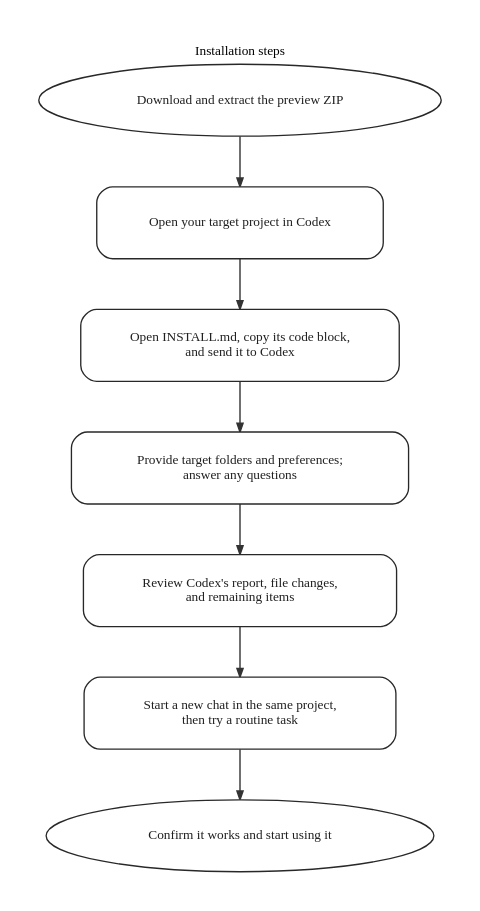
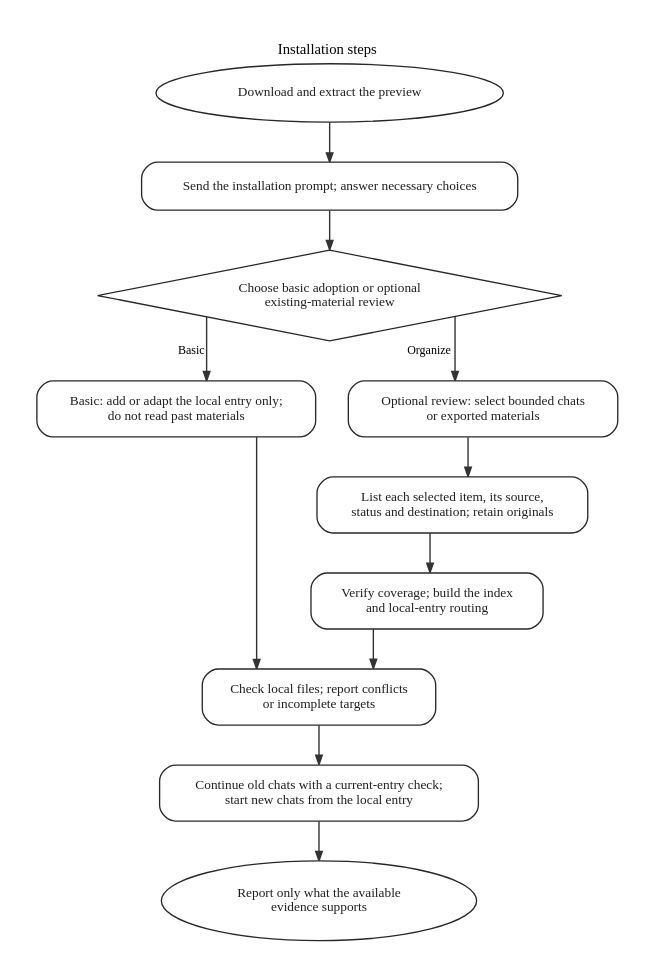
The diagram in docs/diagrams/installation-guide-en.dot (Richie521/intelligent-project-governance-system), drawn with Graphviz before and after one commit. The commit also changed 25 other files, not shown here.

Commit message:
Complete bounded adoption and continuity validation

```diff
--- a/docs/diagrams/installation-guide-en.dot
+++ b/docs/diagrams/installation-guide-en.dot
@@ -1,48 +1,37 @@
 digraph "installation-guide-en" {
   graph [
     rankdir=TB,
     splines=ortho,
-    newrank=true,
     ordering=out,
     outputorder=edgesfirst,
-    nodesep=0.208,
-    ranksep=0.528,
-    pad=0.30,
+    nodesep=0.34,
+    ranksep=0.42,
+    pad=0.28,
     bgcolor="#FFFFFF",
     fontname="Microsoft YaHei",
-    fontsize=10,
+    fontsize=11,
     label="Installation steps",
-    labelloc=t,
-    audit_notation="iso5807-flowchart",
-    audit_model="workflow-spec.v4",
-    audit_purpose="Help first-time users install the preview release in their project and try it in a new conversation.",
-    audit_reader_question="After downloading the preview, what do I need to do myself?",
-    audit_direction="top_to_bottom",
-    audit_palette_mode="grayscale",
-    audit_accent_strategy="none",
-    audit_accent_nodes="",
-    audit_mainline_placement="center",
-    audit_profile="general-flow",
-    audit_authority_ids="",
-    audit_return_marker_strategy="auto",
-    audit_geometry_mode="strict",
-    audit_route_continuity="strict"
+    labelloc=t
   ];
-  node [fontname="Microsoft YaHei", fontsize=10, color="#282828", fontcolor="#202020", margin="0.18,0.12"];
-  edge [color="#333333", arrowsize=0.66, penwidth=1.05];
+  node [fontname="Microsoft YaHei", fontsize=10, color="#282828", fontcolor="#202020", margin="0.20,0.14", style="rounded,filled", fillcolor="#FFFFFF"];
+  edge [fontname="Microsoft YaHei", fontsize=9, color="#333333", arrowsize=0.7, penwidth=1.05];
 
-  "download" [label="Download and extract the preview ZIP", shape="ellipse", style="filled", fillcolor="#FFFFFF", audit_stage="prepare", audit_order="00", audit_role="start", audit_size_group="none", audit_semantic_group="none", fixedsize="true", width="4.189999999999999", height="0.75", group="mainline"];
-  "open" [label="Open your target project in Codex", shape="box", style="rounded,filled", fillcolor="#FFFFFF", audit_stage="prepare", audit_order="01", audit_role="process", audit_size_group="none", audit_semantic_group="none", fixedsize="true", width="2.991666666666666", height="0.75", group="mainline"];
-  "prompt" [label="Open INSTALL.md, copy its code block,\nand send it to Codex", shape="box", style="rounded,filled", fillcolor="#FFFFFF", audit_stage="install", audit_order="02", audit_role="process", audit_size_group="none", audit_semantic_group="none", fixedsize="true", width="3.3138888888888873", height="0.75", group="mainline"];
-  "clarify" [label="Provide target folders and preferences;\nanswer any questions", shape="box", style="rounded,filled", fillcolor="#FFFFFF", audit_stage="install", audit_order="03", audit_role="process", audit_size_group="none", audit_semantic_group="none", fixedsize="true", width="3.508333333333331", height="0.75", group="mainline"];
-  "inspect" [label="Review Codex's report, file changes,\nand remaining items", shape="box", style="rounded,filled", fillcolor="#FFFFFF", audit_stage="verify", audit_order="04", audit_role="process", audit_size_group="none", audit_semantic_group="none", fixedsize="true", width="3.2666666666666653", height="0.75", group="mainline"];
-  "trial" [label="Start a new chat in the same project,\nthen try a routine task", shape="box", style="rounded,filled", fillcolor="#FFFFFF", audit_stage="verify", audit_order="05", audit_role="process", audit_size_group="none", audit_semantic_group="none", fixedsize="true", width="3.247222222222221", height="0.75", group="mainline"];
-  "done" [label="Confirm it works and start using it", shape="ellipse", style="filled", fillcolor="#FFFFFF", audit_stage="outcome", audit_order="end", audit_role="end", audit_size_group="none", audit_semantic_group="none", fixedsize="true", width="4.036249999999999", height="0.75"];
+  download [label="Download and extract the preview", shape=ellipse, style=filled];
+  prompt [label="Send the installation prompt; answer necessary choices", shape=box];
+  choice [label="Choose basic adoption or optional\nexisting-material review", shape=diamond, style=filled, margin="0.12,0.08"];
+  basic [label="Basic: add or adapt the local entry only;\ndo not read past materials", shape=box];
+  scope [label="Optional review: select bounded chats\nor exported materials", shape=box];
+  inventory [label="List each selected item, its source,\nstatus and destination; retain originals", shape=box];
+  verify [label="Verify coverage; build the index\nand local-entry routing", shape=box];
+  files [label="Check local files; report conflicts\nor incomplete targets", shape=box];
+  sessions [label="Continue old chats with a current-entry check;\nstart new chats from the local entry", shape=box];
+  report [label="Report only what the available\nevidence supports", shape=ellipse, style=filled];
 
-  "download" -> "open" [id="e-download-open", audit_edge_id="e-download-open", audit_tail_side="bottom", audit_head_side="top", audit_route_kind="normal", audit_corridor="main", tailport="s", headport="n"];
-  "open" -> "prompt" [id="e-open-prompt", audit_edge_id="e-open-prompt", audit_tail_side="bottom", audit_head_side="top", audit_route_kind="normal", audit_corridor="main", tailport="s", headport="n"];
-  "prompt" -> "clarify" [id="e-prompt-clarify", audit_edge_id="e-prompt-clarify", audit_tail_side="bottom", audit_head_side="top", audit_route_kind="normal", audit_corridor="main", tailport="s", headport="n"];
-  "clarify" -> "inspect" [id="e-clarify-inspect", audit_edge_id="e-clarify-inspect", audit_tail_side="bottom", audit_head_side="top", audit_route_kind="normal", audit_corridor="main", tailport="s", headport="n"];
-  "inspect" -> "trial" [id="e-inspect-trial", audit_edge_id="e-inspect-trial", audit_tail_side="bottom", audit_head_side="top", audit_route_kind="normal", audit_corridor="main", tailport="s", headport="n"];
-  "trial" -> "done" [id="e-trial-done", audit_edge_id="e-trial-done", audit_tail_side="bottom", audit_head_side="top", audit_route_kind="normal", audit_corridor="main", tailport="s", headport="n"];
+  { rank=same; basic; scope; }
+  download -> prompt -> choice;
+  choice -> basic [xlabel="Basic"];
+  choice -> scope [xlabel="Organize"];
+  scope -> inventory -> verify -> files;
+  basic -> files;
+  files -> sessions -> report;
 }
```
